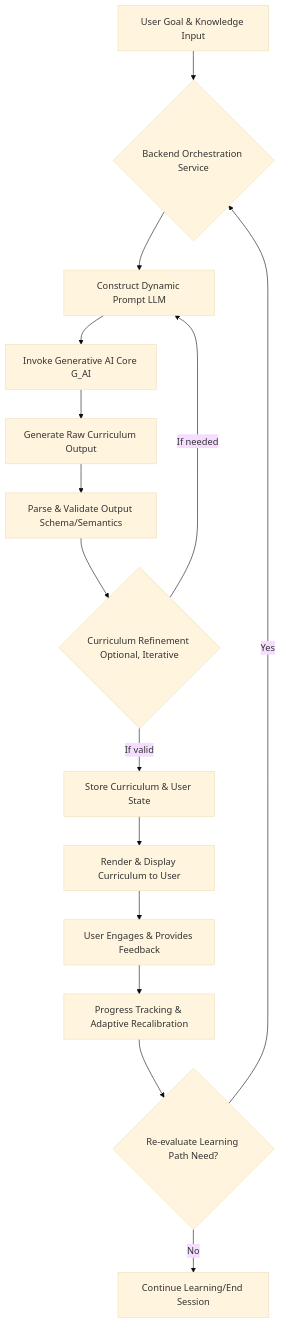
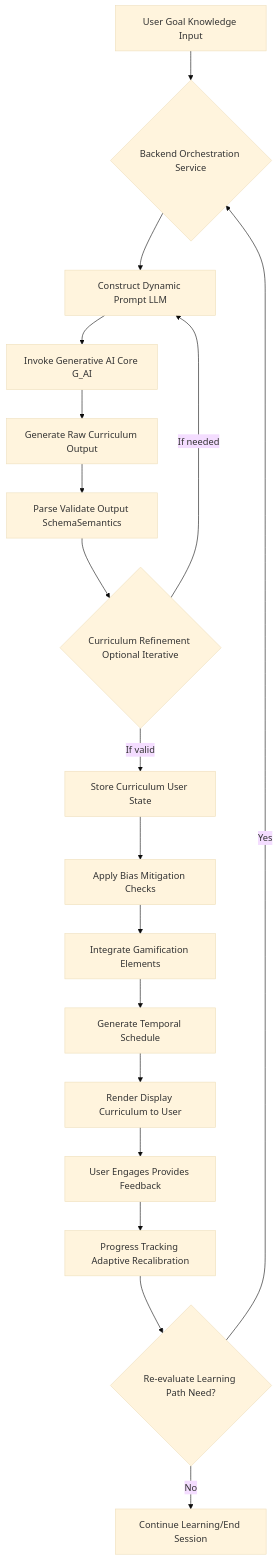
One commit to diplomat-bit/Citibank_Demo_Business_Inc_Demonstration- changed the second of 4 diagrams in inventions/028_ai_personalized_education_path.md. Above: the diagram before and after it, drawn with Mermaid (base theme). The commit also changed other lines of this file, not shown here.

````diff
--- a/inventions/028_ai_personalized_education_path.md
+++ b/inventions/028_ai_personalized_education_path.md
@@ -105,17 +161,22 @@
 ```mermaid
 graph TD
-    A[User Goal & Knowledge Input] --> B{Backend Orchestration Service};
+    A[User Goal Knowledge Input] --> B{Backend Orchestration Service};
     B --> C[Construct Dynamic Prompt LLM];
     C --> D[Invoke Generative AI Core G_AI];
     D --> E[Generate Raw Curriculum Output];
-    E --> F[Parse & Validate Output Schema/Semantics];
-    F --> G{Curriculum Refinement Optional, Iterative};
+    E --> F[Parse Validate Output SchemaSemantics];
+    F --> G{Curriculum Refinement Optional Iterative};
     G -- If needed --> C;
-    G -- If valid --> H[Store Curriculum & User State];
-    H --> I[Render & Display Curriculum to User];
-    I --> J[User Engages & Provides Feedback];
-    J --> K[Progress Tracking & Adaptive Recalibration];
+    G -- If valid --> H[Store Curriculum User State];
+
+    H --> M[Apply Bias Mitigation Checks];
+    M --> N[Integrate Gamification Elements];
+    N --> O[Generate Temporal Schedule];
+
+    O --> I[Render Display Curriculum to User];
+    I --> J[User Engages Provides Feedback];
+    J --> K[Progress Tracking Adaptive Recalibration];
     K --> L{Re-evaluate Learning Path Need?};
     L -- Yes --> B;
     L -- No --> End[Continue Learning/End Session];
 ```
````
